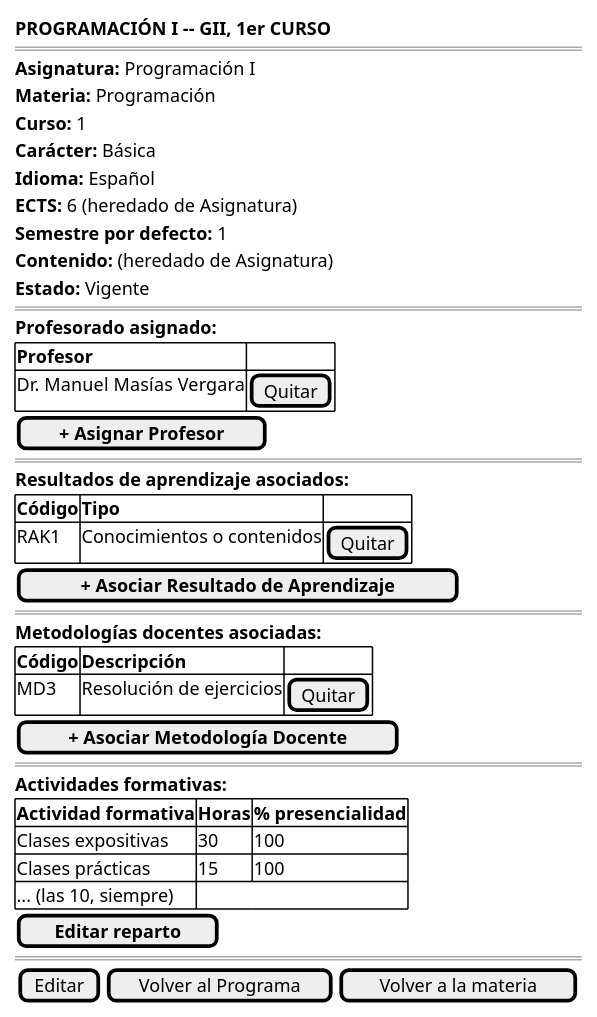
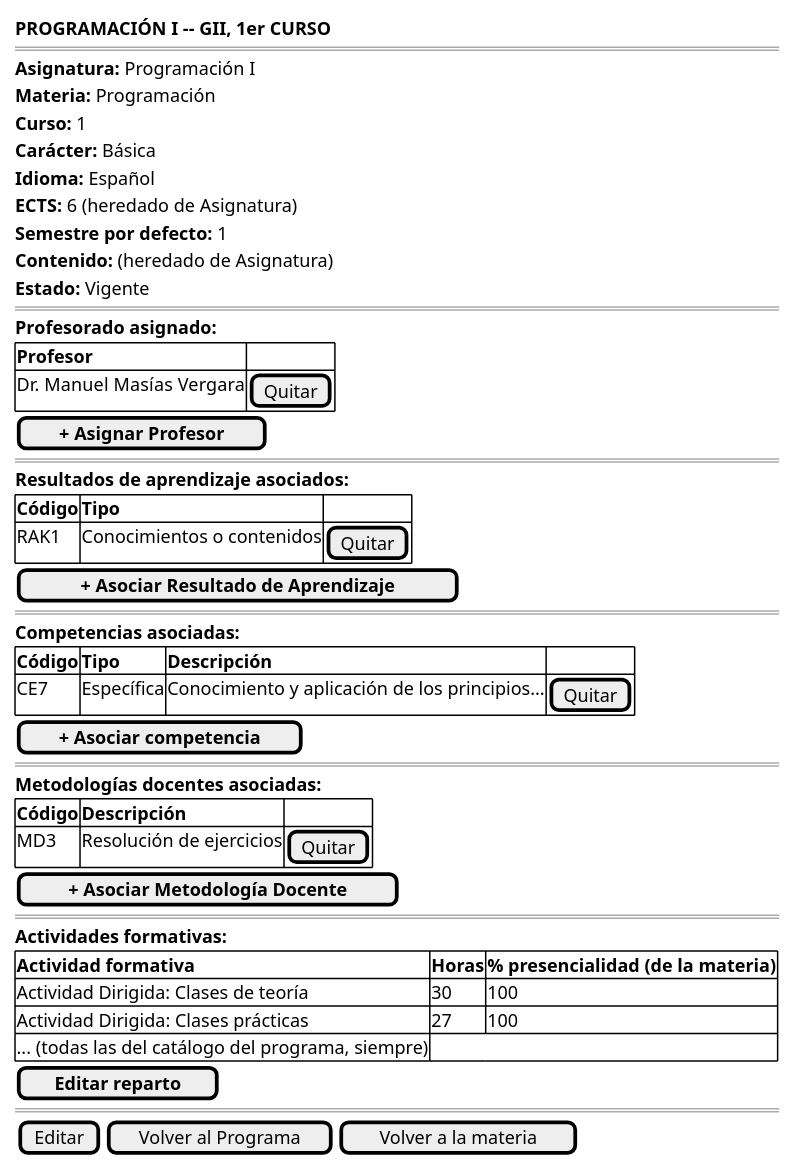
The diagram in RUP/01-requisitos/03-detalle-casos-uso/abrirAsignaturaPrograma/wireframes.puml (mmasias/pyCeldaPublico), drawn with PlantUML before and after one commit. The commit also changed 573 other files, not shown here.

```diff
--- a/RUP/01-requisitos/03-detalle-casos-uso/abrirAsignaturaPrograma/wireframes.puml
+++ b/RUP/01-requisitos/03-detalle-casos-uso/abrirAsignaturaPrograma/wireframes.puml
@@ -1,47 +1,54 @@
 @startsalt abrirAsignaturaPrograma-wireframe
 {
     <b>PROGRAMACIÓN I -- GII, 1er CURSO</b>
     ====
     <b>Asignatura:</b> Programación I
     <b>Materia:</b> Programación
     <b>Curso:</b> 1
     <b>Carácter:</b> Básica
     <b>Idioma:</b> Español
     <b>ECTS:</b> 6 (heredado de Asignatura)
     <b>Semestre por defecto:</b> 1
     <b>Contenido:</b> (heredado de Asignatura)
     <b>Estado:</b> Vigente
     ====
     <b>Profesorado asignado:</b>
     {#
         <b>Profesor | .
         Dr. Manuel Masías Vergara | [Quitar]
     }
     [ <b>+ Asignar Profesor</b> ]
     ====
     <b>Resultados de aprendizaje asociados:</b>
     {#
         <b>Código | <b>Tipo | .
         RAK1 | Conocimientos o contenidos | [Quitar]
     }
     [ <b>+ Asociar Resultado de Aprendizaje</b> ]
     ====
+    <b>Competencias asociadas:</b>
+    {#
+        <b>Código | <b>Tipo | <b>Descripción | .
+        CE7 | Específica | Conocimiento y aplicación de los principios... | [Quitar]
+    }
+    [ <b>+ Asociar competencia</b> ]
+    ====
     <b>Metodologías docentes asociadas:</b>
     {#
         <b>Código | <b>Descripción | .
         MD3 | Resolución de ejercicios | [Quitar]
     }
     [ <b>+ Asociar Metodología Docente</b> ]
     ====
     <b>Actividades formativas:</b>
     {#
-        <b>Actividad formativa | <b>Horas | <b>% presencialidad
-        Clases expositivas | 30 | 100
-        Clases prácticas | 15 | 100
-        ... (las 10, siempre) | |
+        <b>Actividad formativa | <b>Horas | <b>% presencialidad (de la materia)
+        Actividad Dirigida: Clases de teoría | 30 | 100
+        Actividad Dirigida: Clases prácticas | 27 | 100
+        ... (todas las del catálogo del programa, siempre) | |
     }
     [ <b>Editar reparto</b> ]
     ====
     {[Editar] | [Volver al Programa] | [Volver a la materia]}
 }
 @endsalt
```
